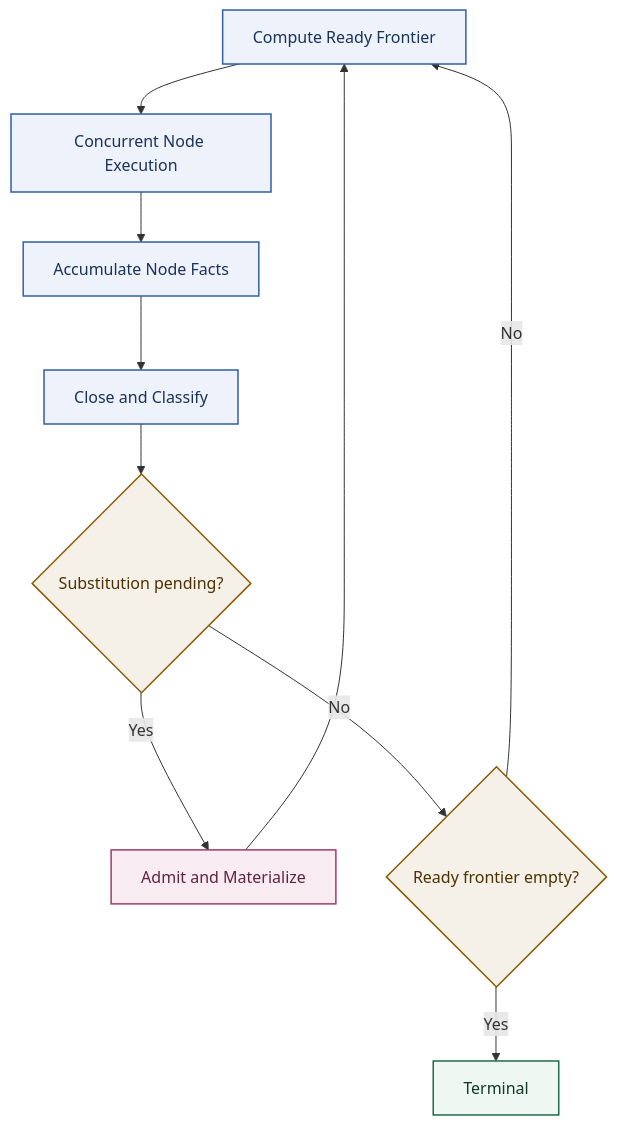
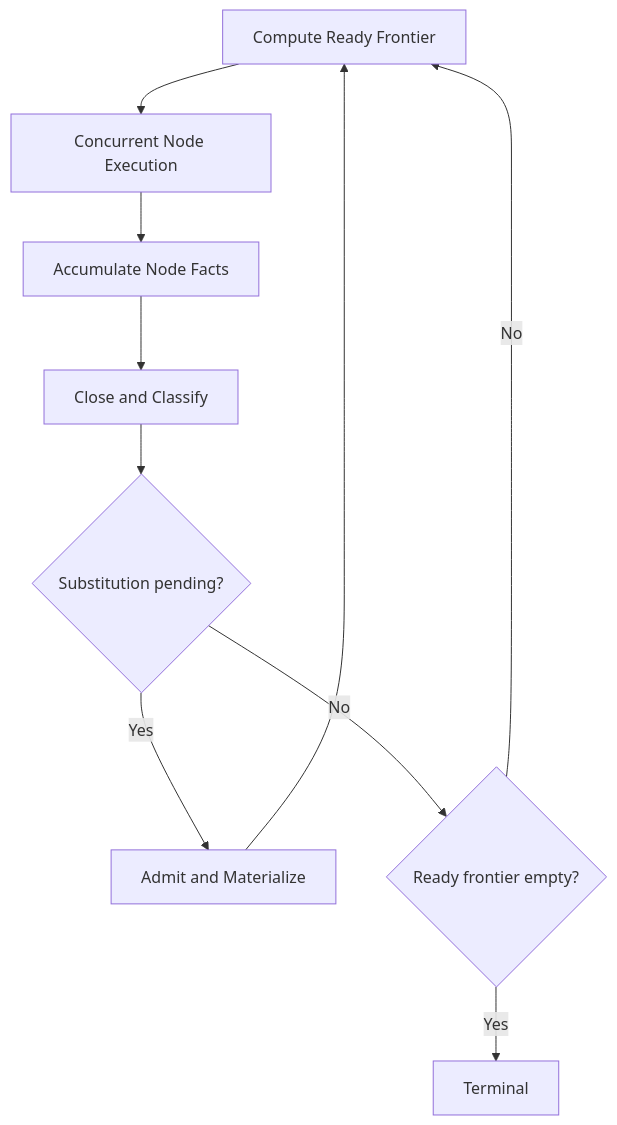
One commit to Digimuoto/cortex changed the diagram in docs/Publications/Paper-3-graph-substitution-semantics/Figures/phase-based-durable-execution.mmd. Above: the diagram before and after it, drawn with Mermaid. The commit also changed 151 other files, not shown here.

```diff
--- a/docs/Publications/Paper-3-graph-substitution-semantics/Figures/phase-based-durable-execution.mmd
+++ b/docs/Publications/Paper-3-graph-substitution-semantics/Figures/phase-based-durable-execution.mmd
@@ -1,20 +1,10 @@
 flowchart TD
     A["Compute Ready Frontier"] --> B["Concurrent Node Execution"]
     B --> C["Accumulate Node Facts"]
     C --> D["Close and Classify"]
     D --> E{"Substitution pending?"}
     E -- Yes --> F["Admit and Materialize"]
     F --> A
     E -- No --> G{"Ready frontier empty?"}
     G -- No --> A
     G -- Yes --> H["Terminal"]
-
-    classDef runtime fill:#eef2fb,stroke:#315ea8,color:#19325a,stroke-width:1.5px;
-    classDef substitution fill:#f8ebf2,stroke:#9b3d6d,color:#5f2342,stroke-width:1.5px;
-    classDef decision fill:#f6f1e8,stroke:#8a5a00,color:#4b3200,stroke-width:1.5px;
-    classDef terminal fill:#eef7f2,stroke:#1f6b4f,color:#103827,stroke-width:1.5px;
-
-    class A,B,C,D runtime;
-    class E,G decision;
-    class F substitution;
-    class H terminal;
```
